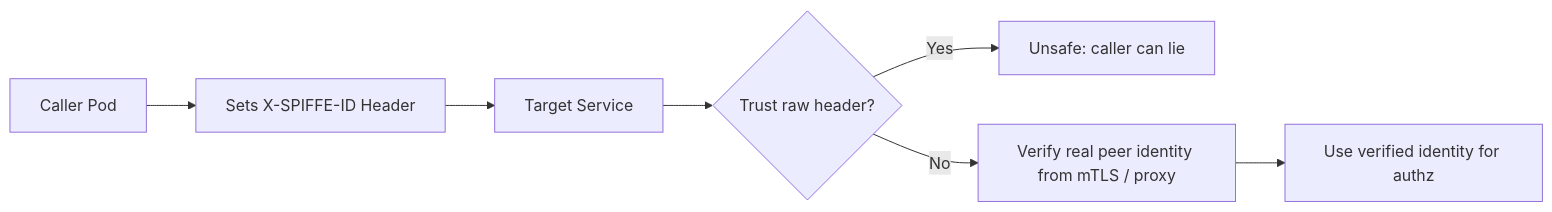
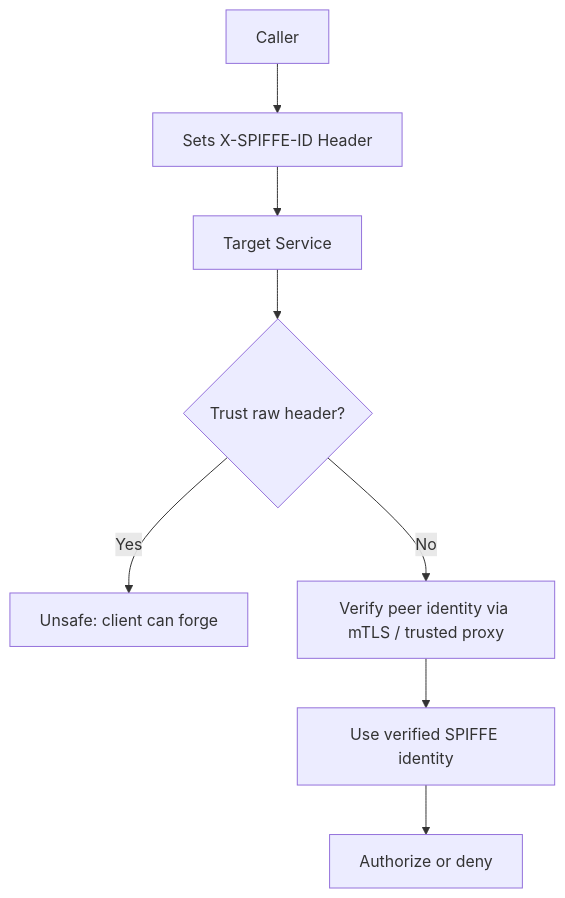
The seventh of 8 diagrams in modeling/spire/redteam__.md (babywyrm/sysadmin), drawn with Mermaid before and after one commit. The commit also changed other lines of this file, not shown here.

````diff
--- a/modeling/spire/redteam__.md
+++ b/modeling/spire/redteam__.md
@@ -312,10 +513,11 @@
 ```mermaid
-flowchart LR
-    A[Caller Pod] --> B[Sets X-SPIFFE-ID Header]
+flowchart TD
+    A[Caller] --> B[Sets X-SPIFFE-ID Header]
     B --> C[Target Service]
 
     C --> D{Trust raw header?}
-    D -- Yes --> E[Unsafe: caller can lie]
-    D -- No --> F[Verify real peer identity from mTLS / proxy]
-    F --> G[Use verified identity for authz]
+    D -- Yes --> E[Unsafe: client can forge]
+    D -- No --> F[Verify peer identity via mTLS / trusted proxy]
+    F --> G[Use verified SPIFFE identity]
+    G --> H[Authorize or deny]
 ```
````
